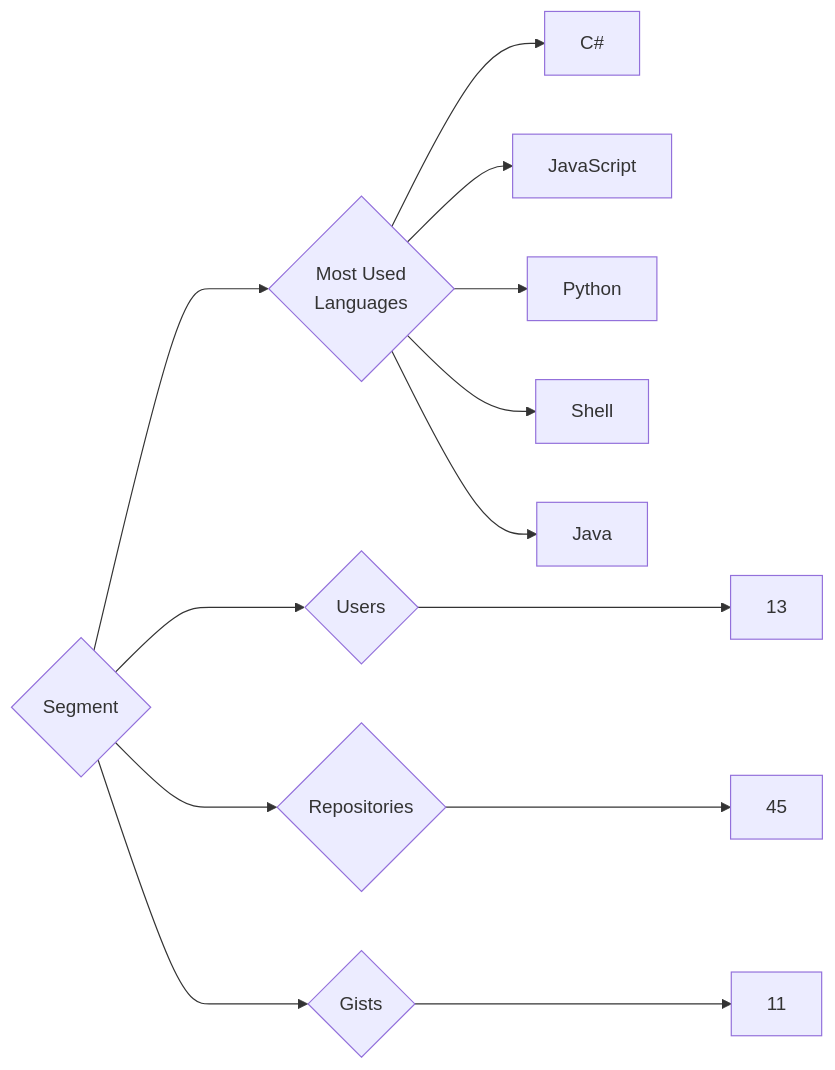
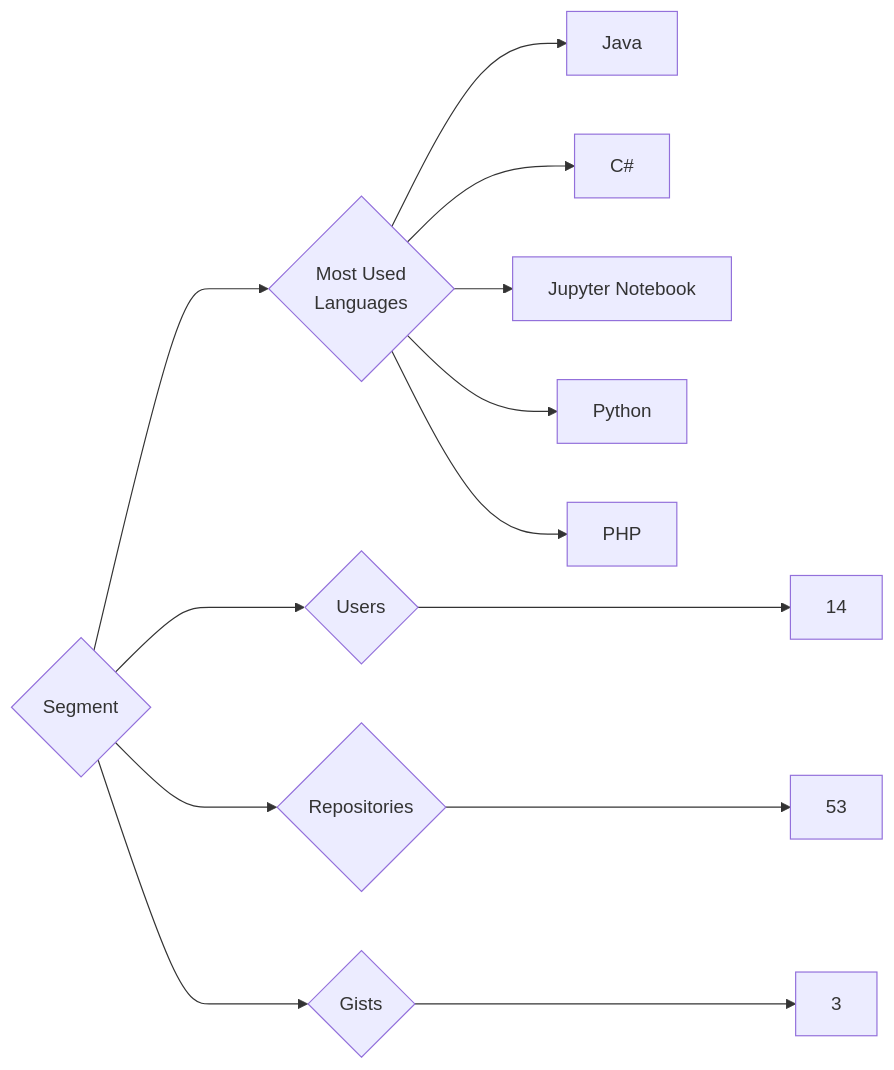
One commit to trickest/insiders changed the diagram in targets/Segment/README.md. Above: the diagram before and after it, drawn with Mermaid. The commit also changed 995 other files, not shown here.

````diff
--- a/targets/Segment/README.md
+++ b/targets/Segment/README.md
@@ -3,13 +3,13 @@
 ```mermaid
 graph LR
 COMPANY_NAME{Segment}
-COMPANY_NAME ---> U{Users} ---> UN[13]
-COMPANY_NAME ---> R{Repositories} ---> RN[45]
-COMPANY_NAME ---> G{Gists} ---> GN[11]
+COMPANY_NAME ---> U{Users} ---> UN[14]
+COMPANY_NAME ---> R{Repositories} ---> RN[53]
+COMPANY_NAME ---> G{Gists} ---> GN[3]
 COMPANY_NAME ---> ML{Most Used<br>Languages}
+ML --> Java[Java]
 ML --> C#[C#]
-ML --> JavaScript[JavaScript]
+ML --> Jupyter_Notebook[Jupyter Notebook]
 ML --> Python[Python]
-ML --> Shell[Shell]
-ML --> Java[Java]
+ML --> PHP[PHP]
 ```
````
